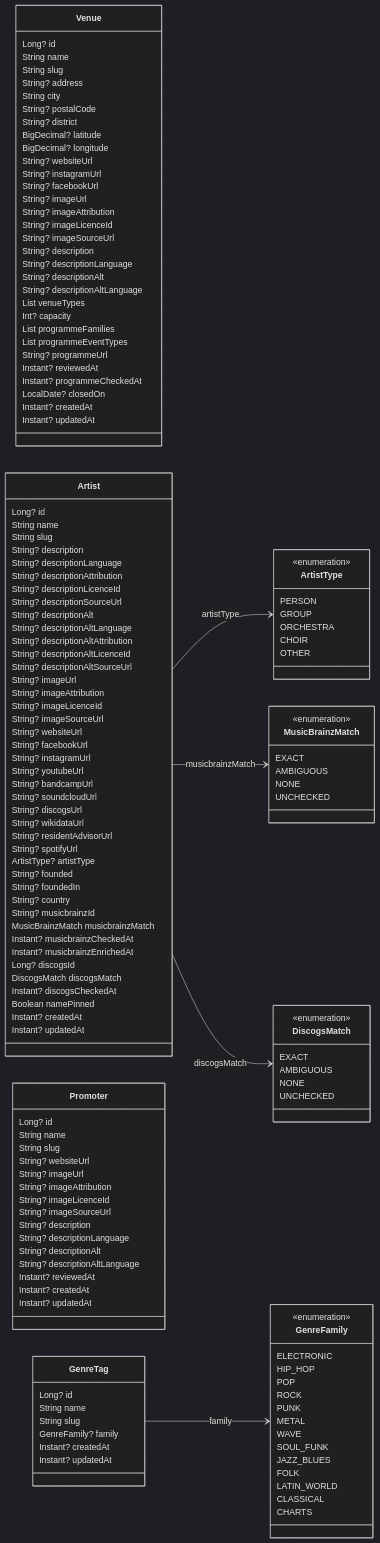
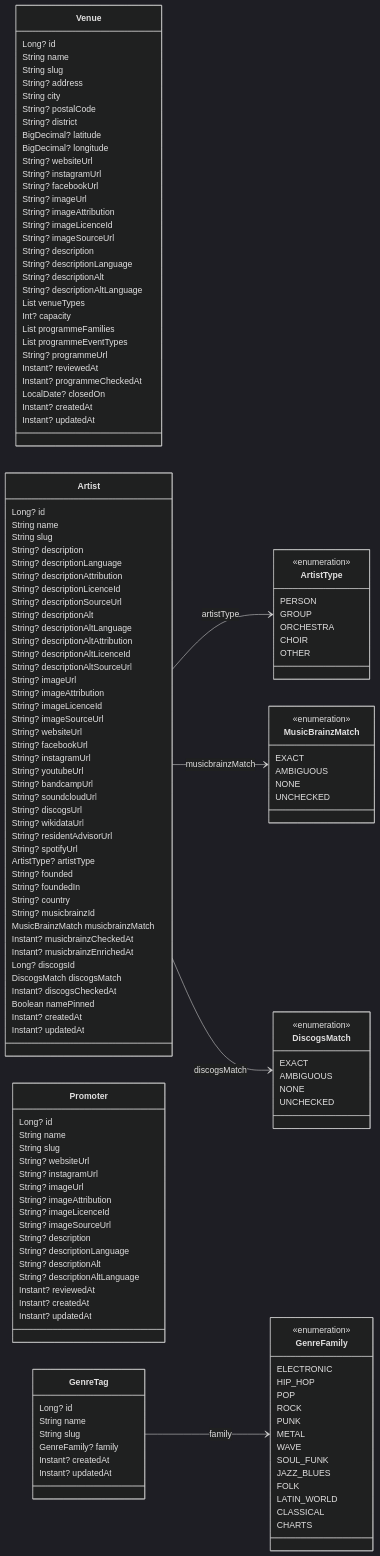
One commit to enorm-labs/event-junkie changed the diagram in docs/DATA_MODEL.md. Above: the diagram before and after it, drawn with Mermaid (dark theme). The commit also changed other lines of this file and 20 other files, not shown here.

```diff
--- a/docs/DATA_MODEL.md
+++ b/docs/DATA_MODEL.md
@@ -108,6 +108,7 @@
         String name
         String slug
         String? websiteUrl
+        String? instagramUrl
         String? imageUrl
         String? imageAttribution
         String? imageLicenceId
```
